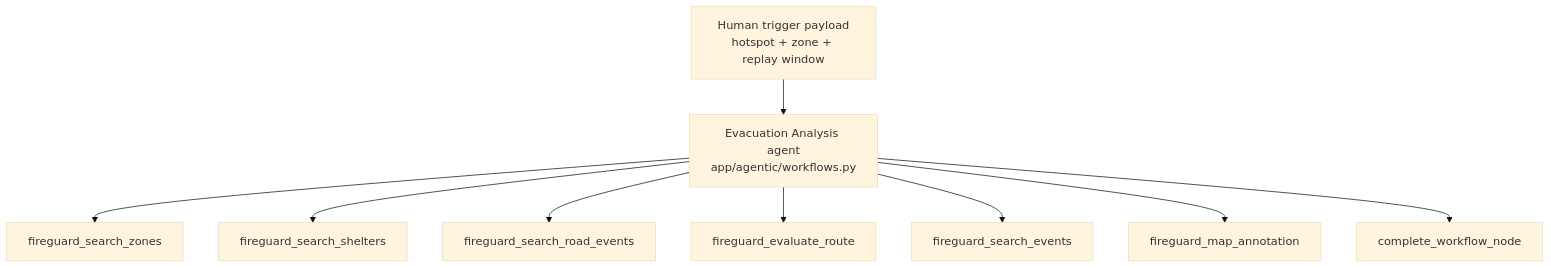
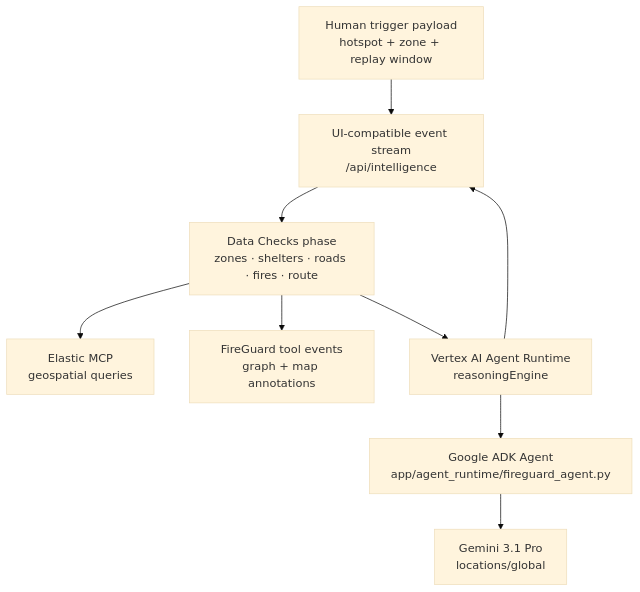
One commit to youneslaaroussi/fireguard changed the third of 3 diagrams in README.md. Above: the diagram before and after it, drawn with Mermaid (base theme). The commit also changed other lines of this file and 59 other files, not shown here.

Commit message:
Deploy FireGuard agent runtime

````diff
--- a/README.md
+++ b/README.md
@@ -275,21 +281,20 @@
 ```mermaid
 flowchart TD
     H["Human trigger payload<br/>hotspot + zone + replay window"]
-    R["Evacuation Analysis agent<br/>app/agentic/workflows.py"]
-    Z["fireguard_search_zones"]
-    S["fireguard_search_shelters"]
-    C["fireguard_search_road_events"]
-    E["fireguard_evaluate_route"]
-    F["fireguard_search_events"]
-    M["fireguard_map_annotation"]
-    T["complete_workflow_node"]
+    D["Data Checks phase<br/>zones · shelters · roads · fires · route"]
+    E["Elastic MCP<br/>geospatial queries"]
+    A["Google ADK Agent<br/>app/agent_runtime/fireguard_agent.py"]
+    R["Vertex AI Agent Runtime<br/>reasoningEngine"]
+    G["Gemini 3.1 Pro<br/>locations/global"]
+    T["FireGuard tool events<br/>graph + map annotations"]
+    U["UI-compatible event stream<br/>/api/intelligence"]
 
-    H --> R
-    R --> Z
-    R --> S
-    R --> C
-    R --> E
-    R --> F
-    R --> M
-    R --> T
+    H --> U
+    U --> D
+    D --> E
+    D --> T
+    D --> R
+    R --> A
+    A --> G
+    R --> U
 ```
````
